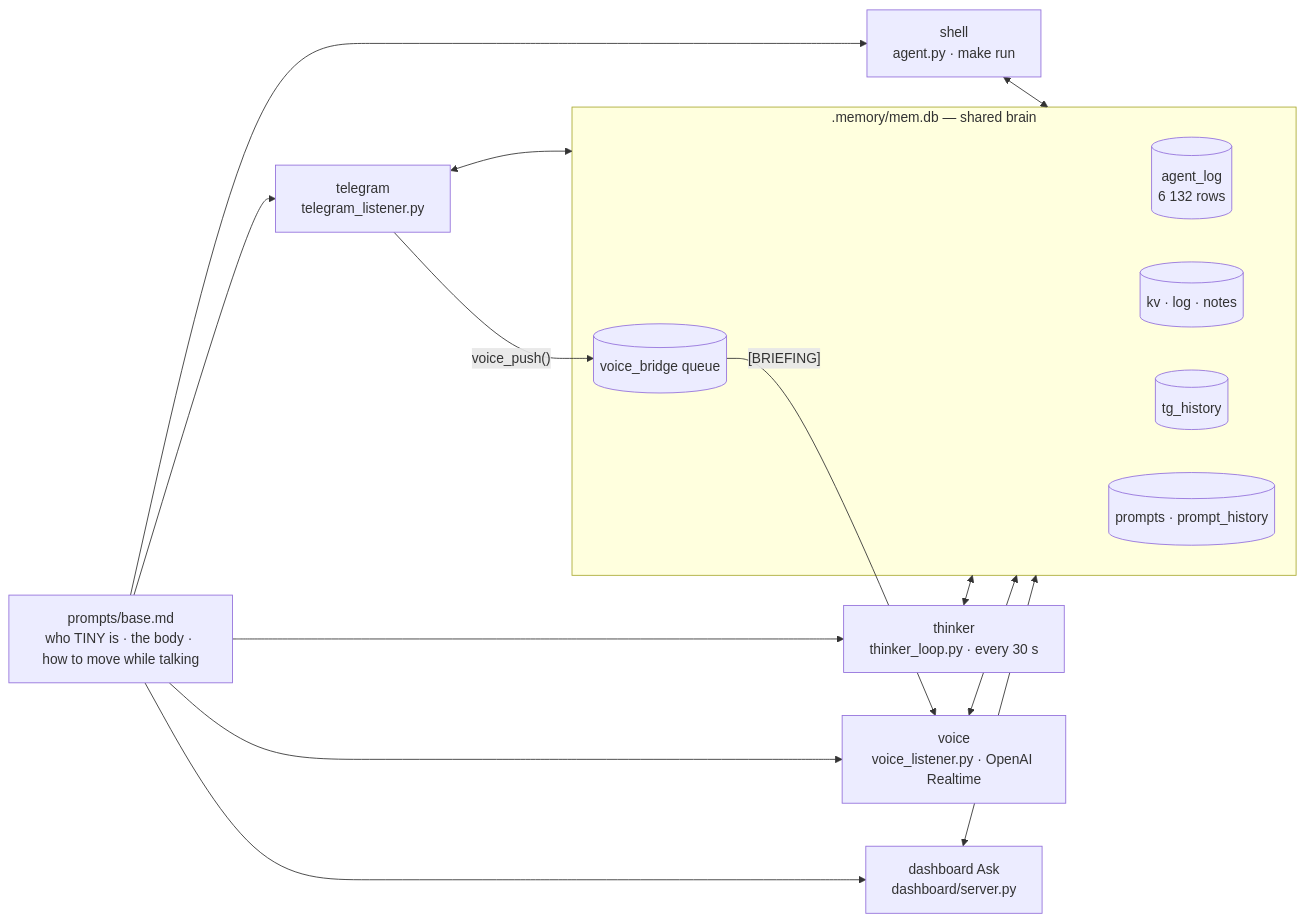
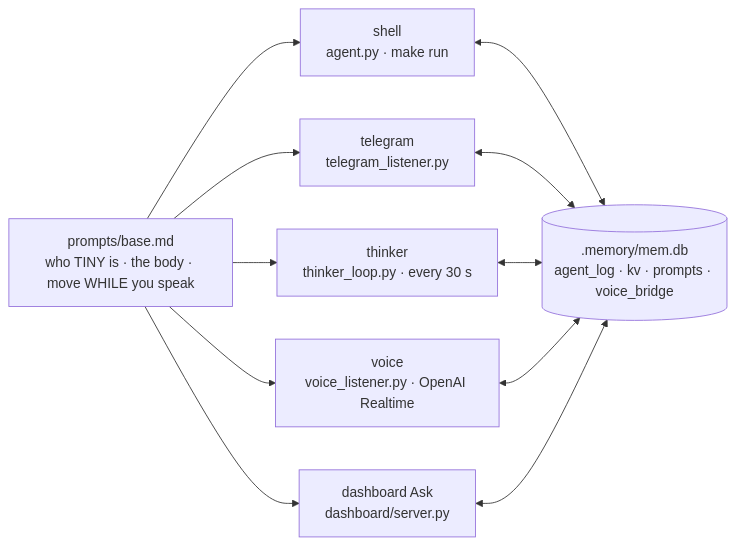
The diagram in docs/showcase/personas.md (cagataycali/tiny-the-reachy), drawn with Mermaid before and after one commit. The commit also changed other lines of this file and 4 other files, not shown here.

````diff
--- a/docs/showcase/personas.md
+++ b/docs/showcase/personas.md
@@ -10,18 +16,11 @@
 ```mermaid
 flowchart LR
-  BASE["prompts/base.md<br/>who TINY is · the body · how to move while talking"]
+  BASE["prompts/base.md<br/>who TINY is · the body · move WHILE you speak"]
   BASE --> SH["shell<br/>agent.py · make run"]
   BASE --> TG["telegram<br/>telegram_listener.py"]
   BASE --> TH["thinker<br/>thinker_loop.py · every 30 s"]
   BASE --> VO["voice<br/>voice_listener.py · OpenAI Realtime"]
   BASE --> DA["dashboard Ask<br/>dashboard/server.py"]
-  subgraph brain[".memory/mem.db — shared brain"]
-    AL[("agent_log<br/>6 132 rows")]
-    KV[("kv · log · notes")]
-    VB[("voice_bridge queue")]
-    TGH[("tg_history")]
-    PR[("prompts · prompt_history")]
-  end
-  SH & TG & TH & VO & DA <--> brain
-  TG -->|"voice_push()"| VB -->|"[BRIEFING]"| VO
+  BRAIN[(".memory/mem.db<br/>agent_log · kv · prompts · voice_bridge")]
+  SH & TG & TH & VO & DA <--> BRAIN
 ```
````
